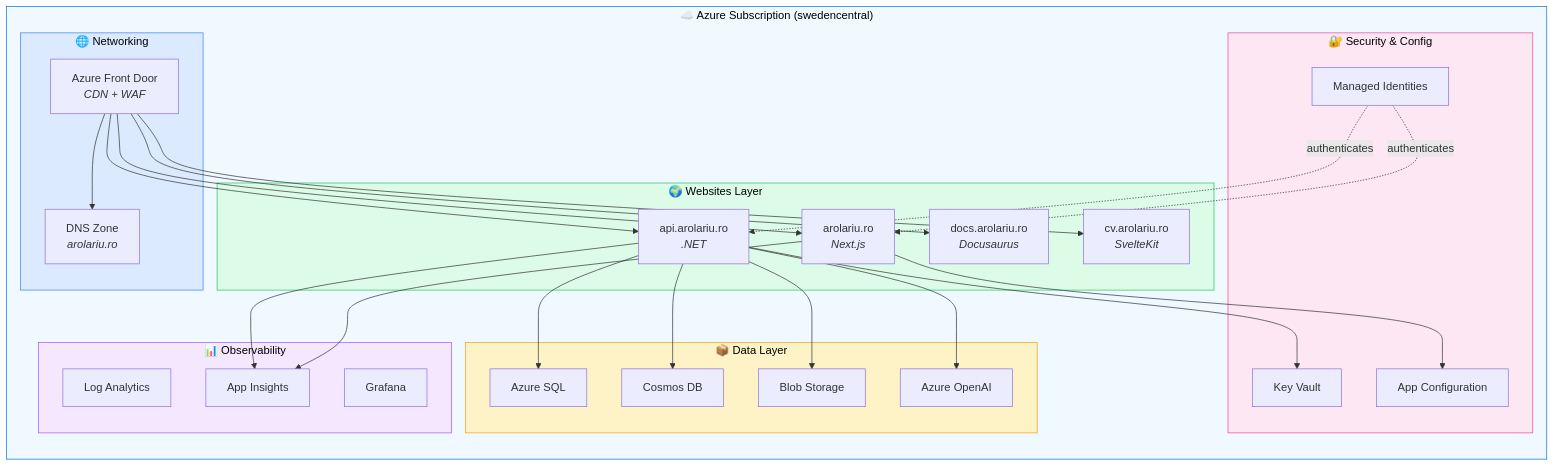
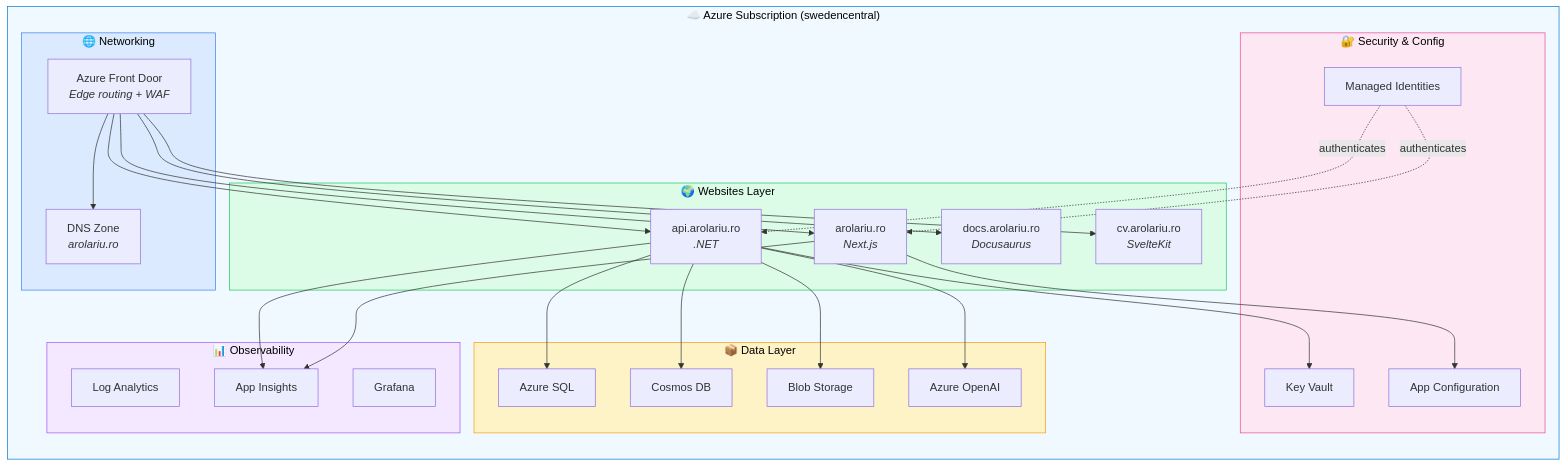
The third of 4 diagrams in README.md (arolariu/arolariu.ro), drawn with Mermaid before and after one commit. The commit also changed other lines of this file and 36 other files, not shown here.

````diff
--- a/README.md
+++ b/README.md
@@ -772,60 +772,60 @@
 ```mermaid
 graph TB
     subgraph SUB["☁️ Azure Subscription (swedencentral)"]
         direction TB
 
         subgraph NET["🌐 Networking"]
-            AFD["Azure Front Door<br/><i>CDN + WAF</i>"]
+            AFD["Azure Front Door<br/><i>Edge routing + WAF</i>"]
             DNS["DNS Zone<br/><i>arolariu.ro</i>"]
         end
 
         subgraph WEB["🌍 Websites Layer"]
             S1["arolariu.ro<br/><i>Next.js</i>"]
             S2["api.arolariu.ro<br/><i>.NET</i>"]
             S3["docs.arolariu.ro<br/><i>Docusaurus</i>"]
             S4["cv.arolariu.ro<br/><i>SvelteKit</i>"]
         end
 
         subgraph DAT["📦 Data Layer"]
             SQL["Azure SQL"]
             CDB["Cosmos DB"]
             BLB["Blob Storage"]
             OAI["Azure OpenAI"]
         end
 
         subgraph SEC["🔐 Security & Config"]
             KV["Key Vault"]
             AC["App Configuration"]
             MI["Managed Identities"]
         end
 
         subgraph MON["📊 Observability"]
             LA["Log Analytics"]
             AI["App Insights"]
             GR["Grafana"]
         end
     end
 
     AFD --> DNS
     AFD --> S1
     AFD --> S2
     AFD --> S3
     AFD --> S4
     S2 --> SQL
     S2 --> CDB
     S2 --> BLB
     S2 --> OAI
     S2 --> KV
     S1 --> AC
     S1 --> AI
     S2 --> AI
     MI -.->|authenticates| S1
     MI -.->|authenticates| S2
 
     style SUB fill:#f0f9ff,stroke:#0078d4,color:#000
     style NET fill:#dbeafe,stroke:#3b82f6,color:#000
     style WEB fill:#dcfce7,stroke:#22c55e,color:#000
     style DAT fill:#fef3c7,stroke:#f59e0b,color:#000
     style SEC fill:#fce7f3,stroke:#ec4899,color:#000
     style MON fill:#f3e8ff,stroke:#a855f7,color:#000
 ```
````
